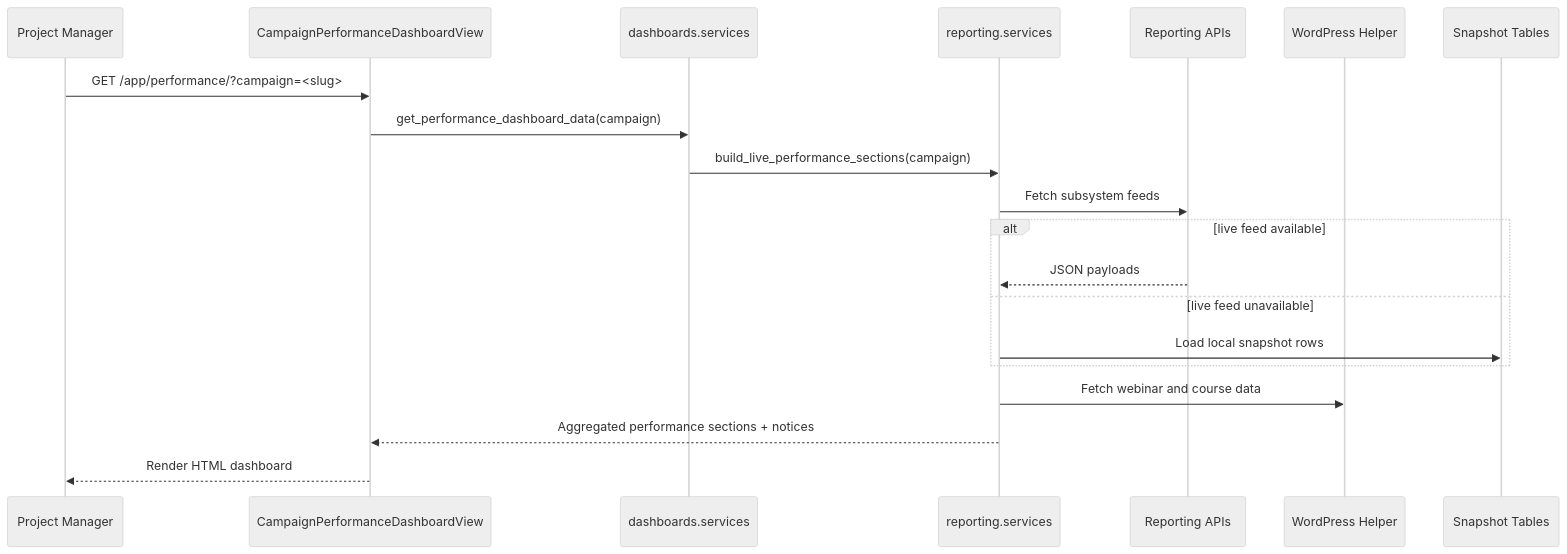
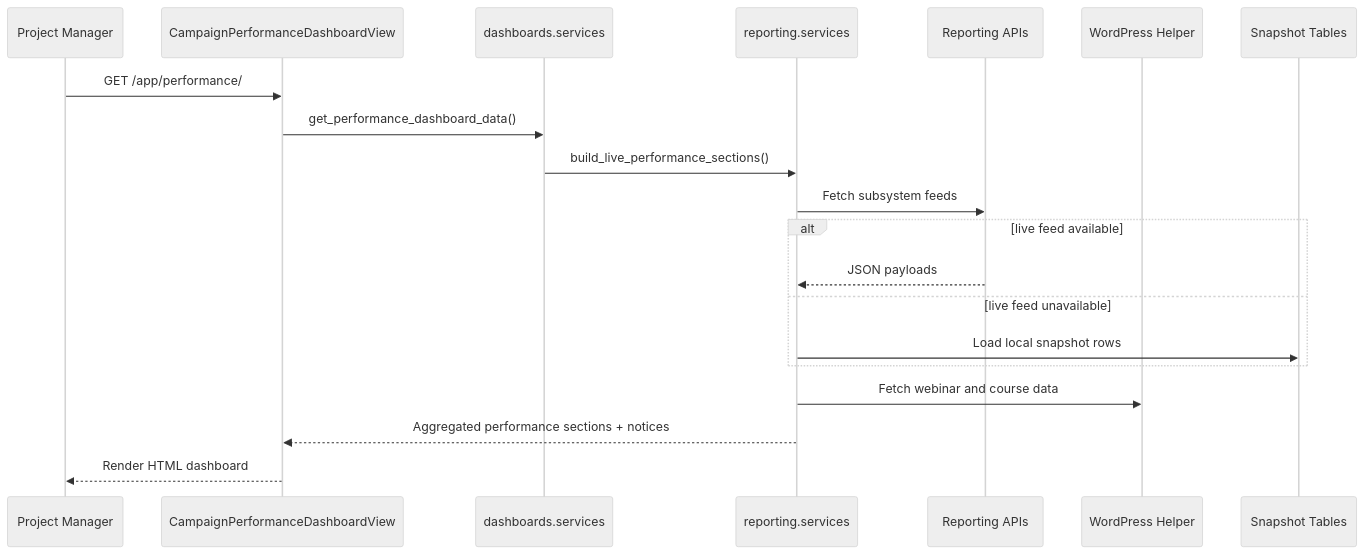
Before and after one commit to gopalakrishnanplus-creator/unified_campaign_management: the sixth of 6 diagrams in README.md, drawn with Mermaid (neutral theme). The commit also changed other lines of this file, not shown here.

Commit message:
docs: refresh README for current app behavior

````diff
--- a/README.md
+++ b/README.md
@@ -911,23 +939,23 @@
 ```mermaid
 sequenceDiagram
     participant PM as Project Manager
     participant View as CampaignPerformanceDashboardView
     participant Dash as dashboards.services
     participant Rep as reporting.services
     participant Live as Reporting APIs
     participant WP as WordPress Helper
     participant DB as Snapshot Tables
 
-    PM->>View: GET /app/performance/?campaign=<slug>
-    View->>Dash: get_performance_dashboard_data(campaign)
-    Dash->>Rep: build_live_performance_sections(campaign)
+    PM->>View: GET /app/performance/
+    View->>Dash: get_performance_dashboard_data()
+    Dash->>Rep: build_live_performance_sections()
     Rep->>Live: Fetch subsystem feeds
     alt live feed available
         Live-->>Rep: JSON payloads
     else live feed unavailable
         Rep->>DB: Load local snapshot rows
     end
     Rep->>WP: Fetch webinar and course data
     Rep-->>View: Aggregated performance sections + notices
     View-->>PM: Render HTML dashboard
 ```
````
